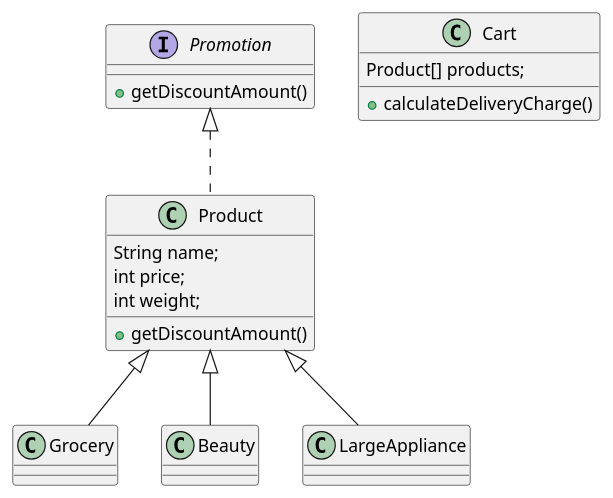
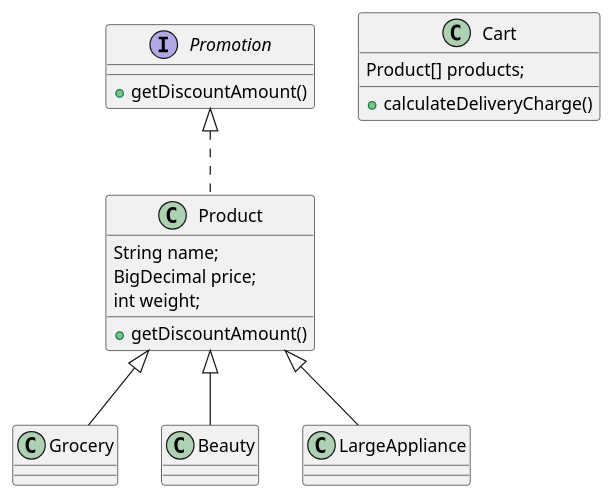
One commit to SangWon-Lee1/oreumi-6th-weekly-quiz changed the diagram in src/Java_Interface/inherit.puml. Above: the diagram before and after it, drawn with PlantUML.

Commit message:
refactor: fix typo

```diff
--- a/src/Java_Interface/inherit.puml
+++ b/src/Java_Interface/inherit.puml
@@ -1,25 +1,25 @@
 @startuml
 
 interface Promotion {
     +getDiscountAmount()
 }
 
 class Product implements Promotion {
     String name;
-    int price;
+    BigDecimal price;
     int weight;
     +getDiscountAmount()
 }
 
 class Cart {
     Product[] products;
     +calculateDeliveryCharge()
 }
 
 class Grocery extends Product
 
 class Beauty extends Product
 
 class LargeAppliance extends Product
 
 @enduml
```
